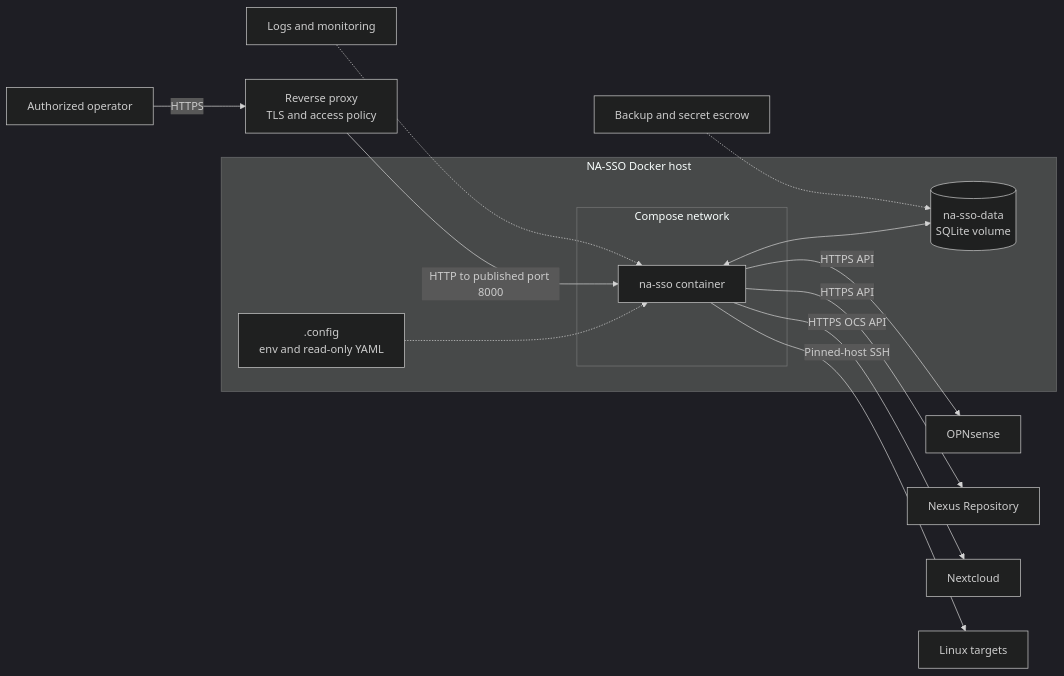
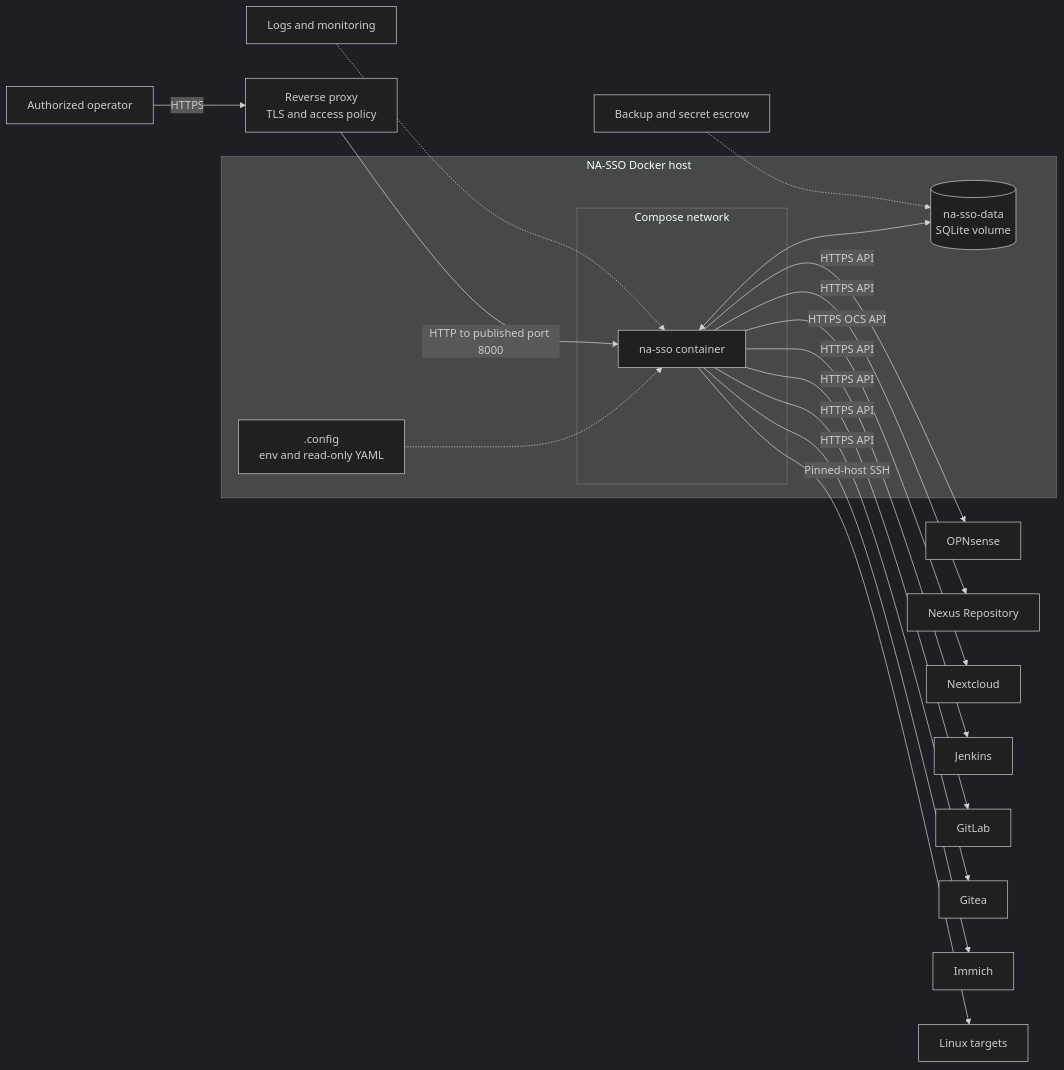
One commit to jpbaking/na-sso changed the diagram in docs/PRODUCTION.md. Above: the diagram before and after it, drawn with Mermaid (dark theme). The commit also changed other lines of this file and 9 other files, not shown here.

````diff
--- a/docs/PRODUCTION.md
+++ b/docs/PRODUCTION.md
@@ -35,21 +35,25 @@
 ```mermaid
 flowchart LR
     Operator["Authorized operator"] -->|"HTTPS"| Proxy["Reverse proxy<br/>TLS and access policy"]
 
     subgraph Host["NA-SSO Docker host"]
         subgraph Network["Compose network"]
             App["na-sso container"]
         end
         Config[".config<br/>env and read-only YAML"] -.-> App
         App <--> Data[("na-sso-data<br/>SQLite volume")]
     end
 
     Proxy -->|"HTTP to published port 8000"| App
     App -->|"HTTPS API"| OPNsense["OPNsense"]
     App -->|"HTTPS API"| Nexus["Nexus Repository"]
     App -->|"HTTPS OCS API"| Nextcloud["Nextcloud"]
+    App -->|"HTTPS API"| Jenkins["Jenkins"]
+    App -->|"HTTPS API"| GitLab["GitLab"]
+    App -->|"HTTPS API"| Gitea["Gitea"]
+    App -->|"HTTPS API"| Immich["Immich"]
     App -->|"Pinned-host SSH"| Linux["Linux targets"]
 
     Backup["Backup and secret escrow"] -.-> Data
     Monitor["Logs and monitoring"] -.-> App
 ```
````
